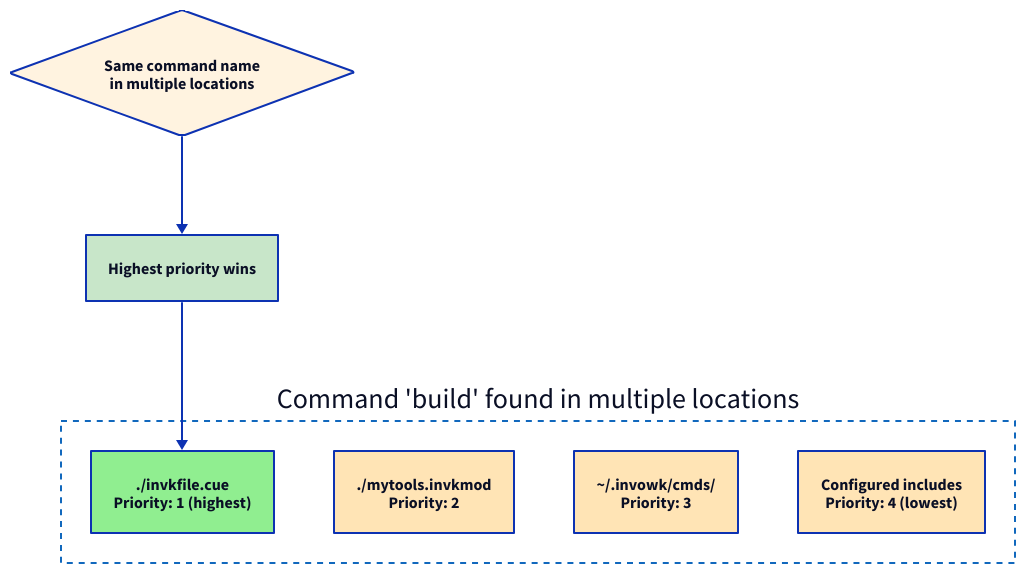
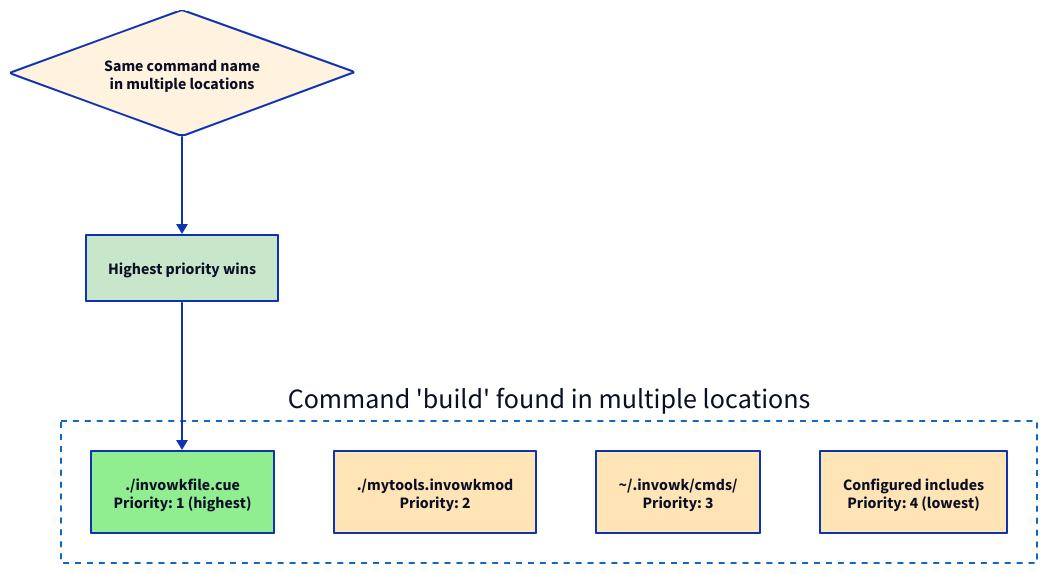
The diagram in docs/diagrams/flowcharts/discovery-conflict.d2 (invowk/invowk), drawn with D2 before and after one commit. The commit also changed 427 other files, not shown here. The source asks for the TALA layout; these drawings use dagre instead.

First line of the commit message:
refactor: rename invk references — invkfile→invowkfile, invkmod→invowkmod, --invk-*→--ivk-*

```diff
--- a/docs/diagrams/flowcharts/discovery-conflict.d2
+++ b/docs/diagrams/flowcharts/discovery-conflict.d2
@@ -1,59 +1,59 @@
 # Discovery Conflict Resolution Flowchart
 #
 # Shows how Invowk resolves conflicts when the same command
 # name exists in multiple discovery locations.
 # Key principle: Highest priority wins.
 #
 # Source: docs/architecture/flowchart-discovery.md
 
 vars: {
   d2-config: {
     layout-engine: tala
   }
 }
 
 direction: down
 
 # ==============================================================================
 # Command Found in Multiple Locations
 # ==============================================================================
 
 locations: Command 'build' found in multiple locations {
   style: {
     stroke: "#1168BD"
     stroke-dash: 3
     fill: transparent
   }
 
-  L1: ./invkfile.cue\nPriority: 1 (highest) {
+  L1: ./invowkfile.cue\nPriority: 1 (highest) {
     style.fill: "#90EE90"
   }
 
-  L2: ./mytools.invkmod\nPriority: 2 {
+  L2: ./mytools.invowkmod\nPriority: 2 {
     style.fill: "#FFE4B5"
   }
 
   L3: ~/.invowk/cmds/\nPriority: 3 {
     style.fill: "#FFE4B5"
   }
 
   L4: Configured includes\nPriority: 4 (lowest) {
     style.fill: "#FFE4B5"
   }
 }
 
 # ==============================================================================
 # Resolution
 # ==============================================================================
 
 Conflict: Same command name\nin multiple locations {
   shape: diamond
   style.fill: "#FFF3E0"
 }
 
 Winner: Highest priority wins {
   style.fill: "#C8E6C9"
 }
 
 Conflict -> Winner
 Winner -> locations.L1
```
